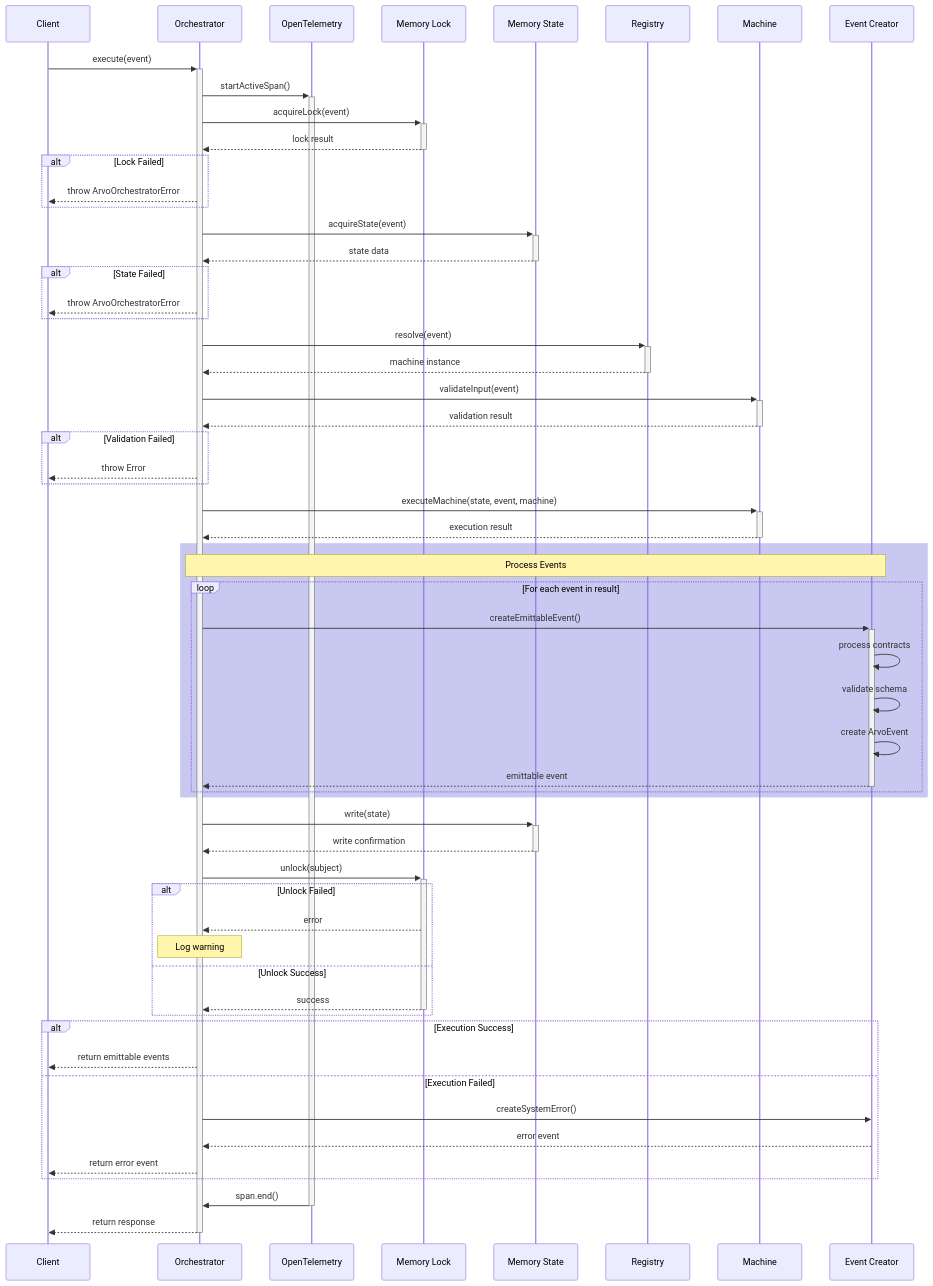
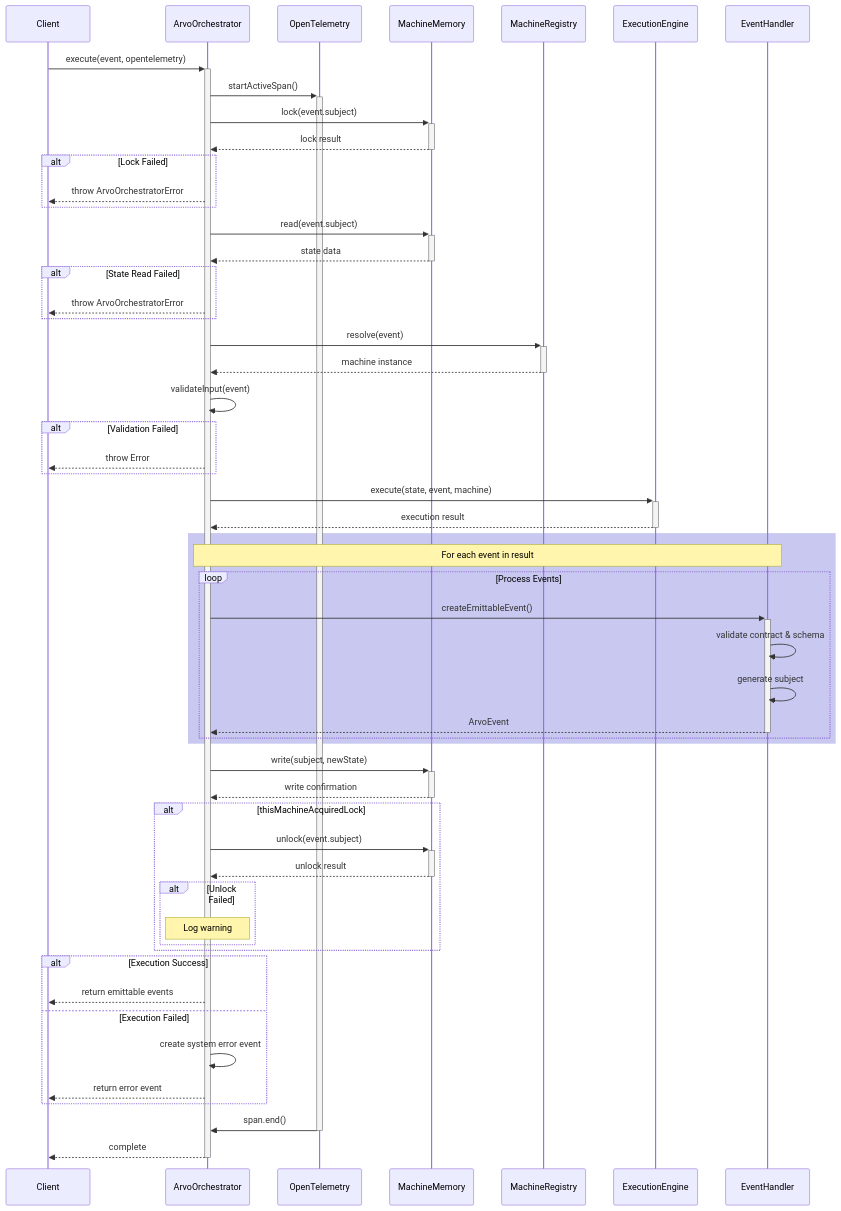
Before and after one commit to SaadAhmad123/arvo-xstate: the second of 2 diagrams in src/ArvoOrchestrator/ExecutionDiagrams.md, drawn with Mermaid. The commit also changed other lines of this file and 109 other files, not shown here.

````diff
--- a/src/ArvoOrchestrator/ExecutionDiagrams.md
+++ b/src/ArvoOrchestrator/ExecutionDiagrams.md
@@ -74,71 +74,67 @@
 ```mermaid
 sequenceDiagram
-   participant C as Client
-   participant O as Orchestrator
-   participant OT as OpenTelemetry
-   participant L as Memory Lock
-   participant S as Memory State
-   participant R as Registry
-   participant M as Machine
-   participant E as Event Creator
+    participant C as Client
+    participant O as ArvoOrchestrator
+    participant OT as OpenTelemetry
+    participant M as MachineMemory
+    participant R as MachineRegistry
+    participant E as ExecutionEngine
+    participant EH as EventHandler
 
-   C->>+O: execute(event)
-   O->>+OT: startActiveSpan()
+    C->>+O: execute(event, opentelemetry)
+    O->>+OT: startActiveSpan()
 
-   O->>+L: acquireLock(event)
-   L-->>-O: lock result
-   alt Lock Failed
-       O-->>C: throw ArvoOrchestratorError
-   end
+    O->>+M: lock(event.subject)
+    M-->>-O: lock result
+    alt Lock Failed
+        O-->>C: throw ArvoOrchestratorError
+    end
 
-   O->>+S: acquireState(event)
-   S-->>-O: state data
-   alt State Failed
-       O-->>C: throw ArvoOrchestratorError
-   end
+    O->>+M: read(event.subject)
+    M-->>-O: state data
+    alt State Read Failed
+        O-->>C: throw ArvoOrchestratorError
+    end
 
-   O->>+R: resolve(event)
-   R-->>-O: machine instance
+    O->>+R: resolve(event)
+    R-->>-O: machine instance
 
-   O->>+M: validateInput(event)
-   M-->>-O: validation result
-   alt Validation Failed
-       O-->>C: throw Error
-   end
+    O->>O: validateInput(event)
+    alt Validation Failed
+        O-->>C: throw Error
+    end
 
-   O->>+M: executeMachine(state, event, machine)
-   M-->>-O: execution result
+    O->>+E: execute(state, event, machine)
+    E-->>-O: execution result
 
-   rect rgb(200, 200, 240)
-       Note over O,E: Process Events
-       loop For each event in result
-           O->>+E: createEmittableEvent()
-           E->>E: process contracts
-           E->>E: validate schema
-           E->>E: create ArvoEvent
-           E-->>-O: emittable event
-       end
-   end
+    rect rgb(200, 200, 240)
+        Note over O,EH: For each event in result
+        loop Process Events
+            O->>+EH: createEmittableEvent()
+            EH->>EH: validate contract & schema
+            EH->>EH: generate subject
+            EH-->>-O: ArvoEvent
+        end
+    end
 
-   O->>+S: write(state)
-   S-->>-O: write confirmation
+    O->>+M: write(subject, newState)
+    M-->>-O: write confirmation
 
-   O->>+L: unlock(subject)
-   alt Unlock Failed
-       L-->>O: error
-       Note over O: Log warning
-   else Unlock Success
-       L-->>-O: success
-   end
+    alt thisMachineAcquiredLock
+        O->>+M: unlock(event.subject)
+        M-->>-O: unlock result
+        alt Unlock Failed
+            Note over O: Log warning
+        end
+    end
 
-   alt Execution Success
-       O-->>C: return emittable events
-   else Execution Failed
-       O->>E: createSystemError()
-       E-->>O: error event
-       O-->>C: return error event
-   end
+    alt Execution Success
+        O-->>C: return emittable events
+    else Execution Failed
+        O->>O: create system error event
+        O-->>C: return error event
+    end
 
-   OT->>-O: span.end()
-   O-->>-C: return response
+    OT->>-O: span.end()
+    O-->>-C: complete
 ```
````
